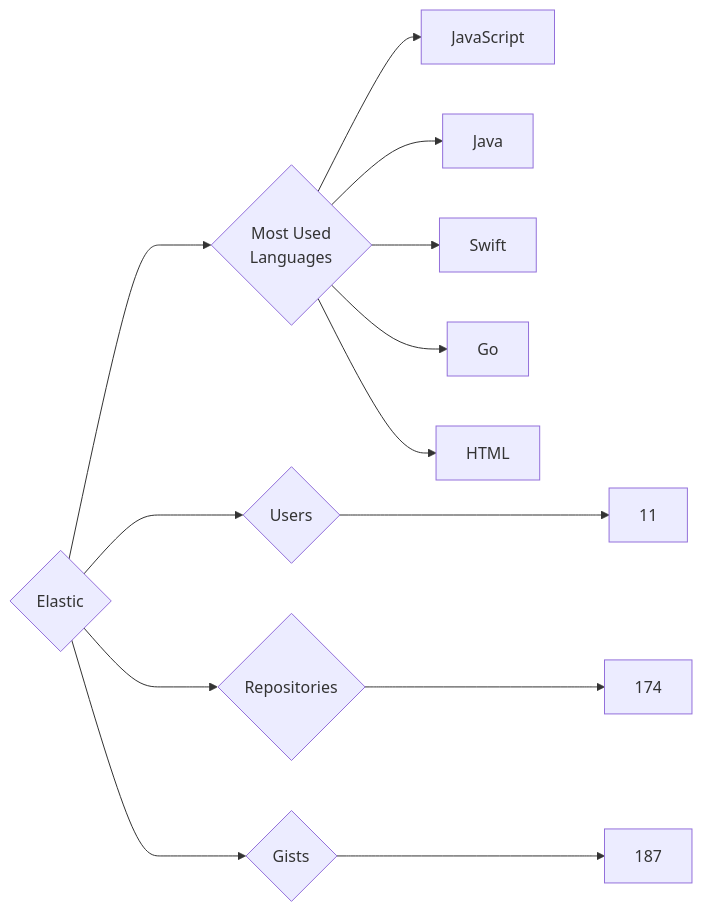
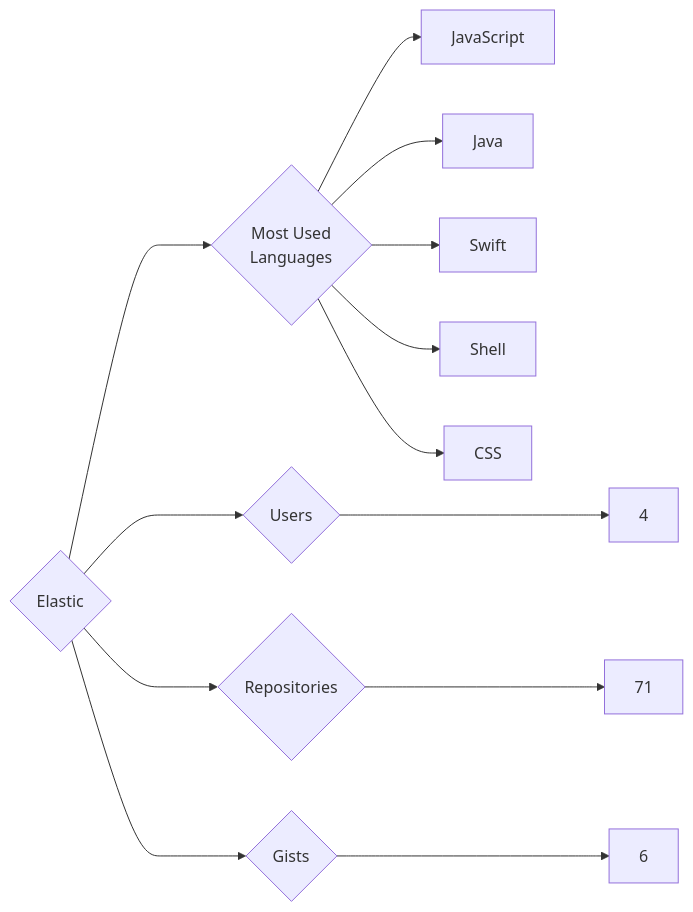
Before and after one commit to trickest/insiders: the diagram in targets/Elastic/README.md, drawn with Mermaid. The commit also changed 776 other files, not shown here.

````diff
--- a/targets/Elastic/README.md
+++ b/targets/Elastic/README.md
@@ -3,13 +3,13 @@
 ```mermaid
 graph LR
 COMPANY_NAME{Elastic}
-COMPANY_NAME ---> U{Users} ---> UN[11]
-COMPANY_NAME ---> R{Repositories} ---> RN[174]
-COMPANY_NAME ---> G{Gists} ---> GN[187]
+COMPANY_NAME ---> U{Users} ---> UN[4]
+COMPANY_NAME ---> R{Repositories} ---> RN[71]
+COMPANY_NAME ---> G{Gists} ---> GN[6]
 COMPANY_NAME ---> ML{Most Used<br>Languages}
 ML --> JavaScript[JavaScript]
 ML --> Java[Java]
 ML --> Swift[Swift]
-ML --> Go[Go]
-ML --> HTML[HTML]
+ML --> Shell[Shell]
+ML --> CSS[CSS]
 ```
````
